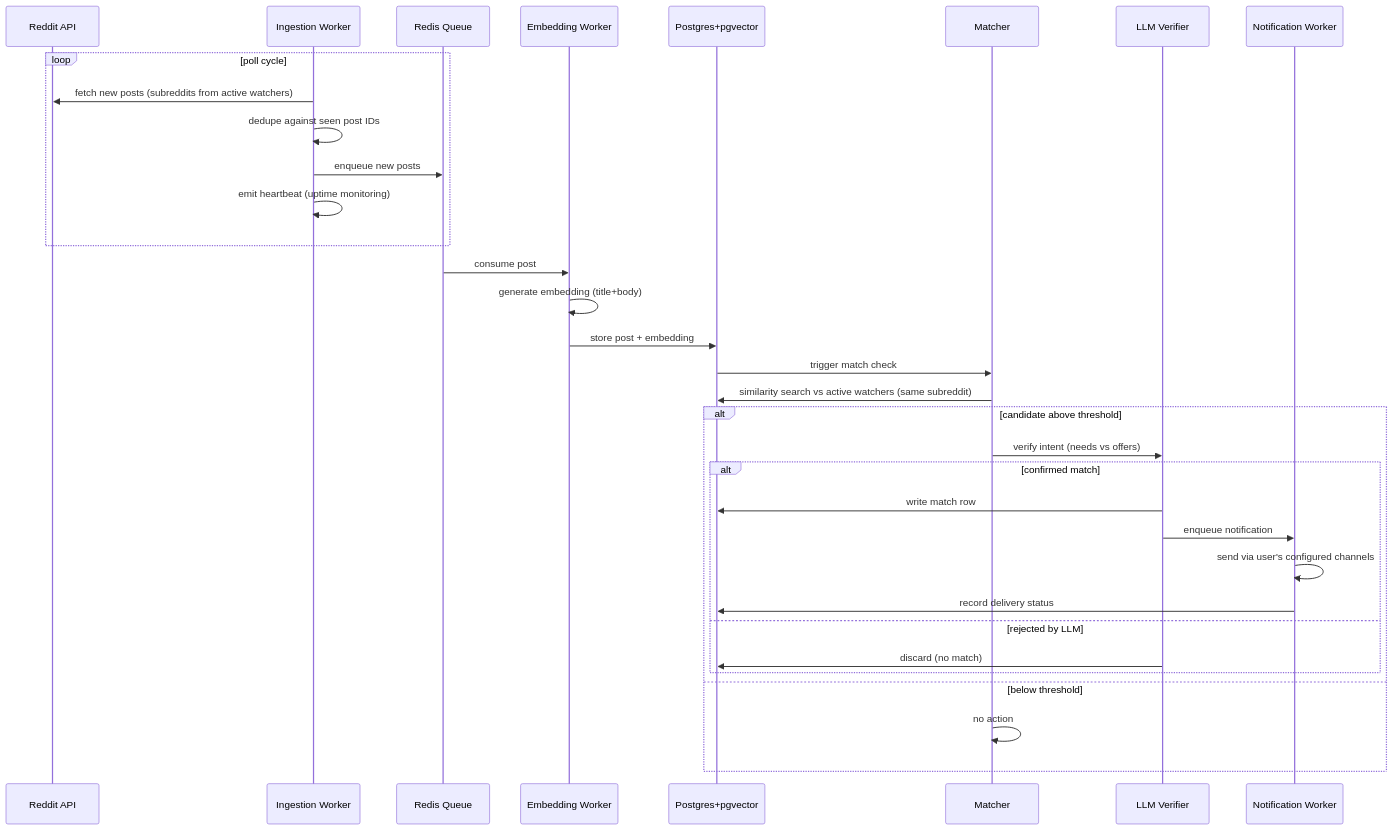
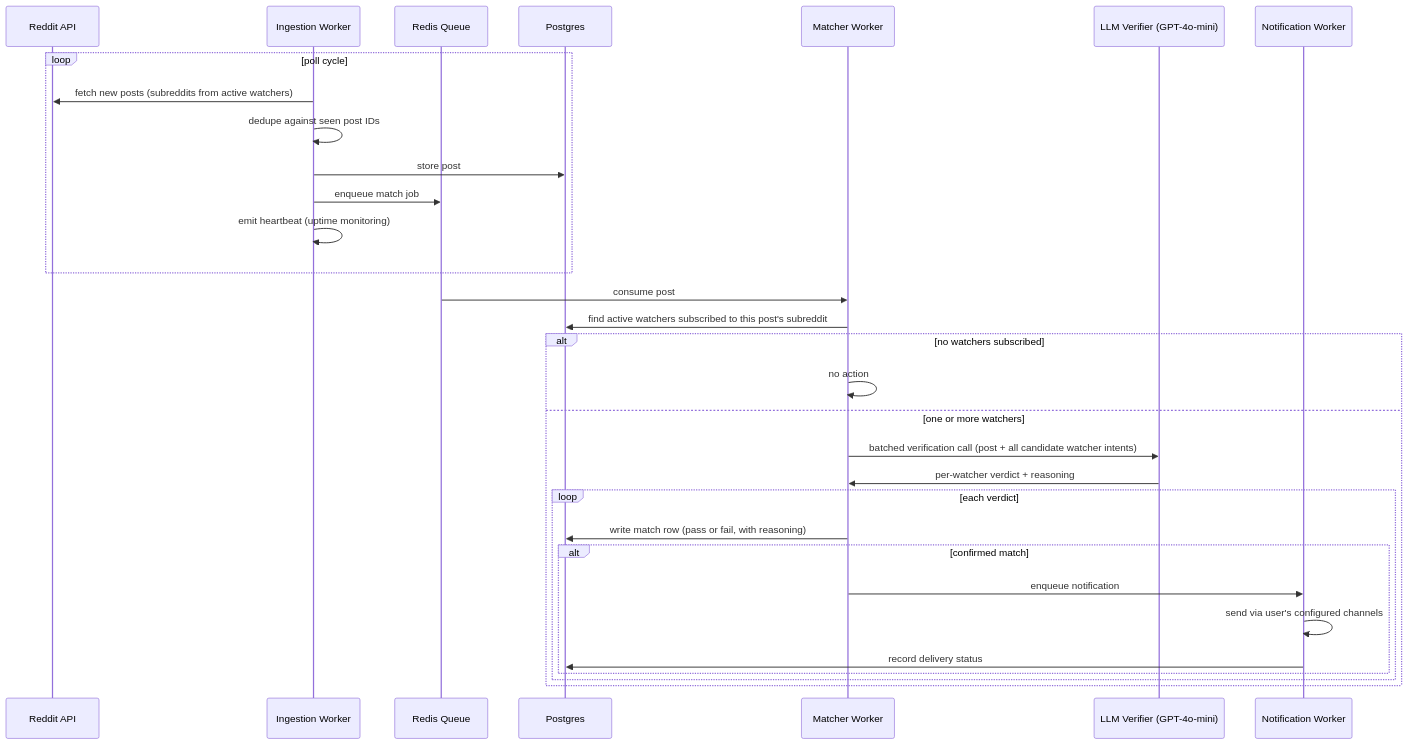
The second of 2 diagrams in docs/WORKFLOW.md (d-tech-solutions/reddit_lead), drawn with Mermaid before and after one commit. The commit also changed other lines of this file and 4 other files, not shown here.

````diff
--- a/docs/WORKFLOW.md
+++ b/docs/WORKFLOW.md
@@ -37,36 +37,34 @@
 ```mermaid
 sequenceDiagram
     participant R as Reddit API
     participant I as Ingestion Worker
     participant Q as Redis Queue
-    participant E as Embedding Worker
-    participant DB as Postgres+pgvector
-    participant M as Matcher
-    participant L as LLM Verifier
+    participant DB as Postgres
+    participant M as Matcher Worker
+    participant L as LLM Verifier (GPT-4o-mini)
     participant N as Notification Worker
 
     loop poll cycle
         I->>R: fetch new posts (subreddits from active watchers)
         I->>I: dedupe against seen post IDs
-        I->>Q: enqueue new posts
+        I->>DB: store post
+        I->>Q: enqueue match job
         I->>I: emit heartbeat (uptime monitoring)
     end
-    Q->>E: consume post
-    E->>E: generate embedding (title+body)
-    E->>DB: store post + embedding
-    DB->>M: trigger match check
-    M->>DB: similarity search vs active watchers (same subreddit)
-    alt candidate above threshold
-        M->>L: verify intent (needs vs offers)
-        alt confirmed match
-            L->>DB: write match row
-            L->>N: enqueue notification
-            N->>N: send via user's configured channels
-            N->>DB: record delivery status
-        else rejected by LLM
-            L->>DB: discard (no match)
+    Q->>M: consume post
+    M->>DB: find active watchers subscribed to this post's subreddit
+    alt no watchers subscribed
+        M->>M: no action
+    else one or more watchers
+        M->>L: batched verification call (post + all candidate watcher intents)
+        L->>M: per-watcher verdict + reasoning
+        loop each verdict
+            M->>DB: write match row (pass or fail, with reasoning)
+            alt confirmed match
+                M->>N: enqueue notification
+                N->>N: send via user's configured channels
+                N->>DB: record delivery status
+            end
         end
-    else below threshold
-        M->>M: no action
     end
 ```
````
